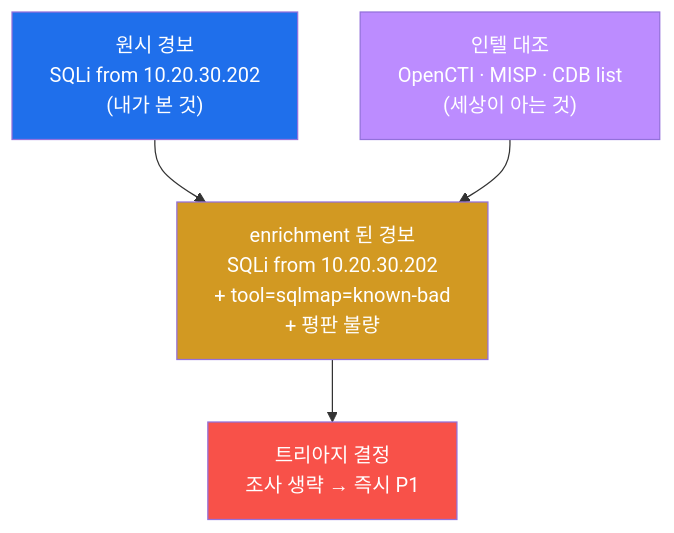
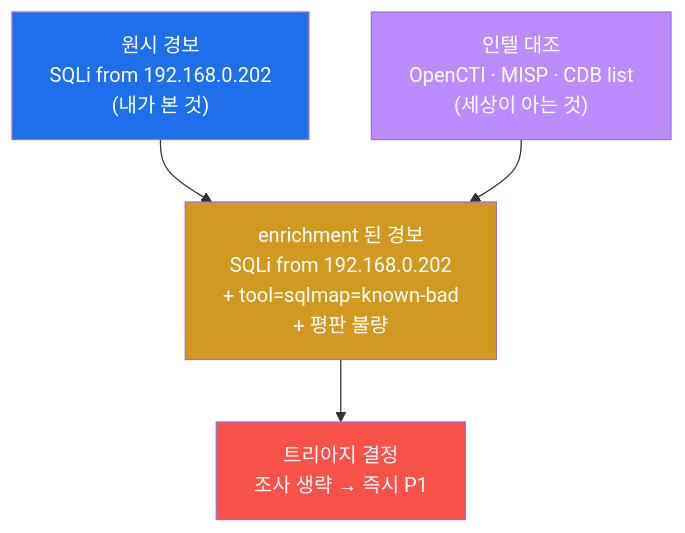
One commit to mrgrit/tw2 changed the third of 8 diagrams in contents/training/soc/lecture_week13.md. Above: the diagram before and after it, drawn with Mermaid. The commit also changed other lines of this file and 304 other files, not shown here.

````diff
--- a/contents/training/soc/lecture_week13.md
+++ b/contents/training/soc/lecture_week13.md
@@ -247,14 +247,14 @@
 ```mermaid
 graph TD
-    RAW["원시 경보<br/>SQLi from 10.20.30.202<br/>(내가 본 것)"]
+    RAW["원시 경보<br/>SQLi from 192.168.0.202<br/>(내가 본 것)"]
     INTEL["인텔 대조<br/>OpenCTI · MISP · CDB list<br/>(세상이 아는 것)"]
-    ENR["enrichment 된 경보<br/>SQLi from 10.20.30.202<br/>+ tool=sqlmap=known-bad<br/>+ 평판 불량"]
+    ENR["enrichment 된 경보<br/>SQLi from 192.168.0.202<br/>+ tool=sqlmap=known-bad<br/>+ 평판 불량"]
     DEC["트리아지 결정<br/>조사 생략 → 즉시 P1"]
     RAW --> ENR
     INTEL --> ENR
     ENR --> DEC
     style RAW fill:#1f6feb,color:#fff
     style INTEL fill:#bc8cff,color:#fff
     style ENR fill:#d29922,color:#fff
     style DEC fill:#f85149,color:#fff
 ```
````
